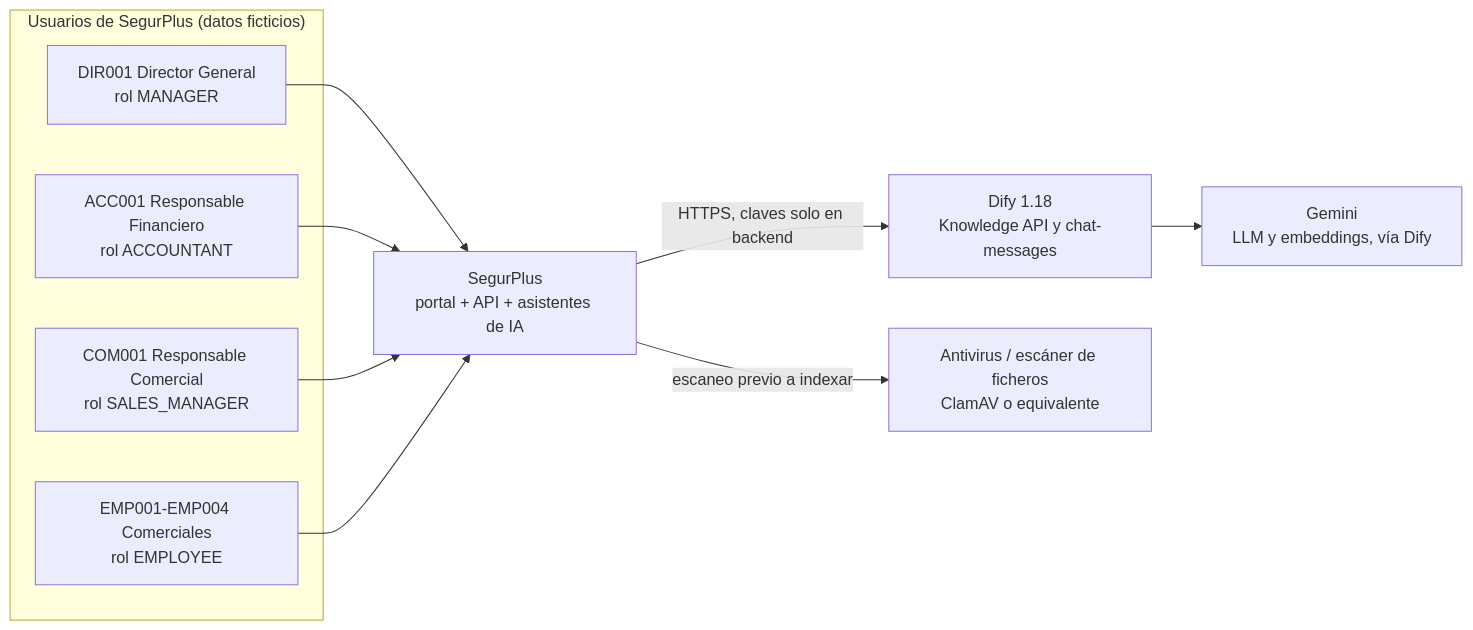
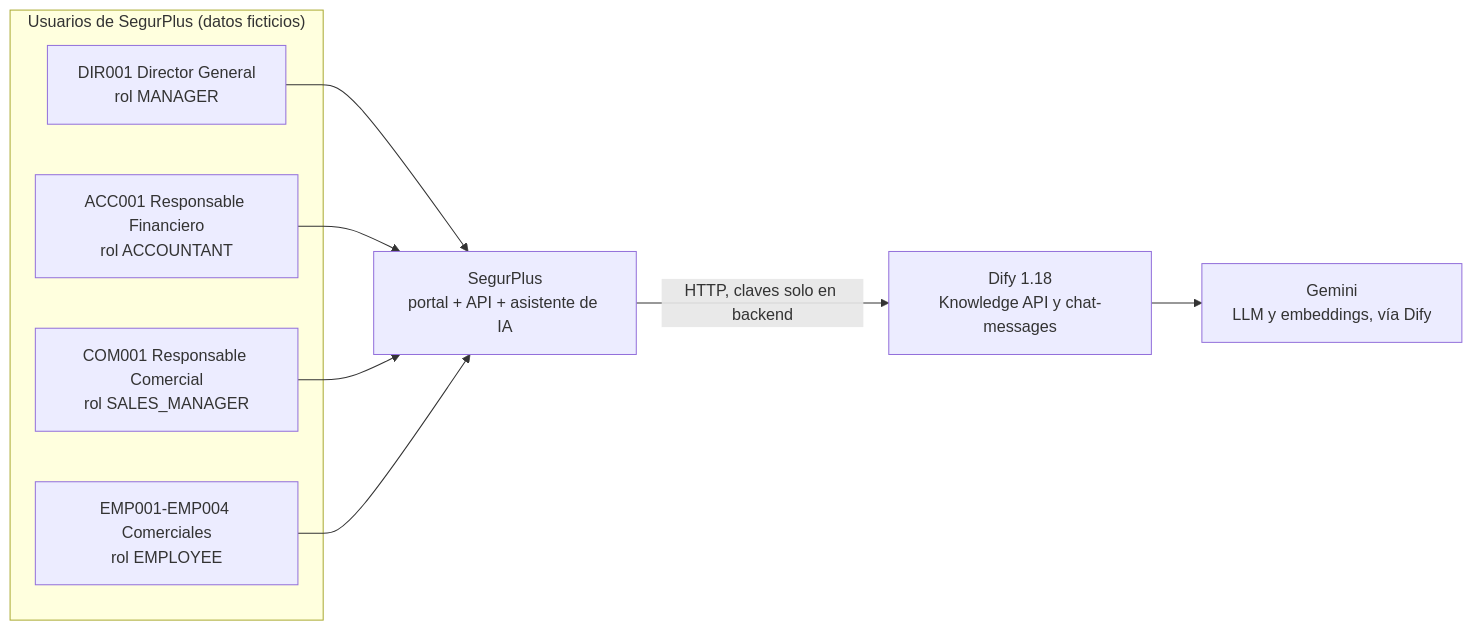
Before and after one commit to pedroamas/segur_plus: the diagram in docs/architecture/01-context.md, drawn with Mermaid. The commit also changed other lines of this file and 14 other files, not shown here.

````diff
--- a/docs/architecture/01-context.md
+++ b/docs/architecture/01-context.md
@@ -5,23 +5,21 @@
 ```mermaid
 flowchart LR
   subgraph Usuarios["Usuarios de SegurPlus (datos ficticios)"]
     DIR["DIR001 Director General<br/>rol MANAGER"]
     ACC["ACC001 Responsable Financiero<br/>rol ACCOUNTANT"]
     COM["COM001 Responsable Comercial<br/>rol SALES_MANAGER"]
     EMP["EMP001-EMP004 Comerciales<br/>rol EMPLOYEE"]
   end
 
-  SP["SegurPlus<br/>portal + API + asistentes de IA"]
+  SP["SegurPlus<br/>portal + API + asistente de IA"]
 
   DIFY["Dify 1.18<br/>Knowledge API y chat-messages"]
   GEM["Gemini<br/>LLM y embeddings, vía Dify"]
-  AV["Antivirus / escáner de ficheros<br/>ClamAV o equivalente"]
 
   DIR --> SP
   ACC --> SP
   COM --> SP
   EMP --> SP
-  SP -->|"HTTPS, claves solo en backend"| DIFY
+  SP -->|"HTTP, claves solo en backend"| DIFY
   DIFY --> GEM
-  SP -->|"escaneo previo a indexar"| AV
 ```
````
